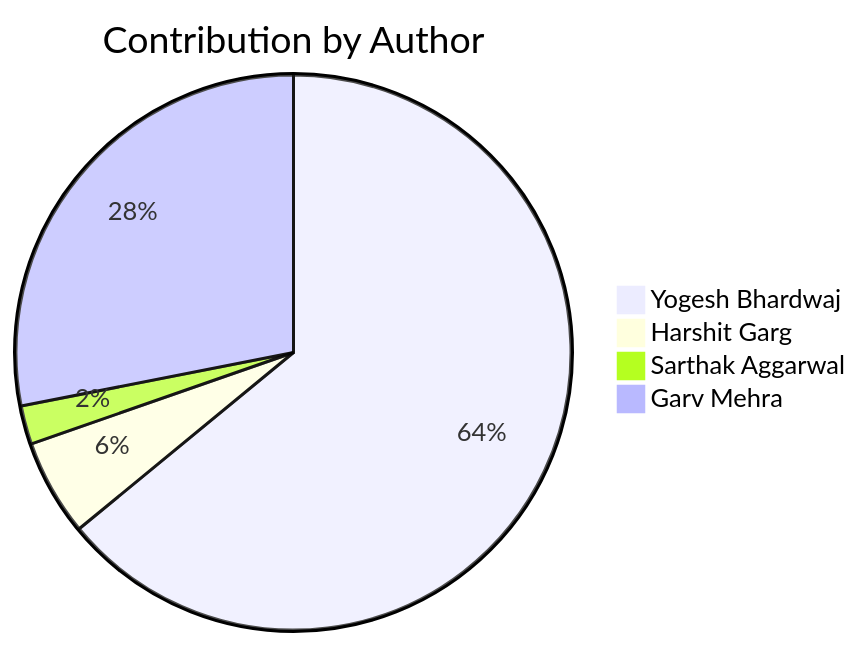
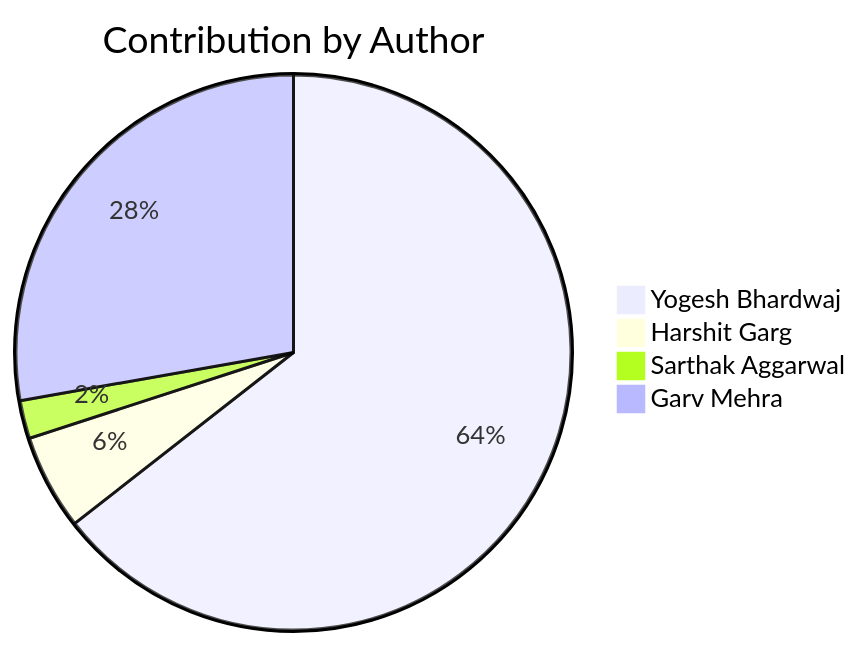
Before and after one commit to Yogesh-Bhardwaj-hue/Scm-Final_2.0: the diagram in README.md, drawn with Mermaid. The commit also changed other lines of this file, not shown here.

Commit message:
Update contribution charts

````diff
--- a/README.md
+++ b/README.md
@@ -161,7 +161,7 @@
 ```mermaid
 pie title Contribution by Author
-    "Yogesh Bhardwaj": 57
+    "Yogesh Bhardwaj": 58
     "Harshit Garg": 5
     "Sarthak Aggarwal": 2
     "Garv Mehra": 25
 ```
````
